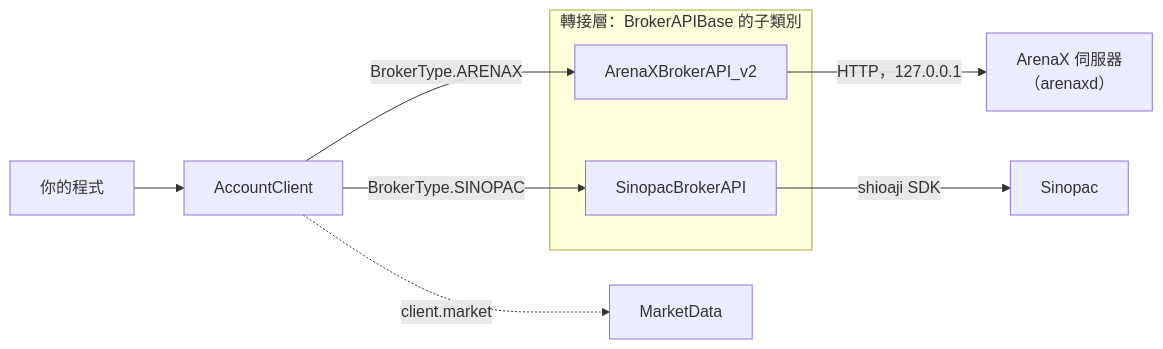
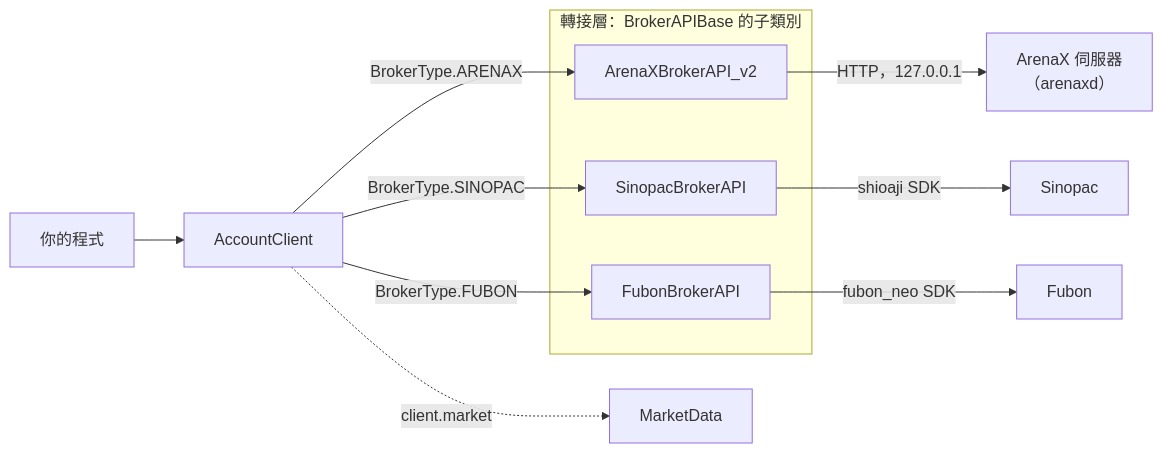
Before and after one commit to jackiesogi/CJTrade: the diagram in doc/get-started/connect.zh-TW.md, drawn with Mermaid. The commit also changed other lines of this file and 21 other files, not shown here.

````diff
--- a/doc/get-started/connect.zh-TW.md
+++ b/doc/get-started/connect.zh-TW.md
@@ -9,13 +9,16 @@
 ```mermaid
 flowchart LR
     Code["你的程式"] --> AC["AccountClient"]
     AC -- "BrokerType.ARENAX" --> AXA["ArenaXBrokerAPI_v2"]
     AC -- "BrokerType.SINOPAC" --> SPA["SinopacBrokerAPI"]
+    AC -- "BrokerType.FUBON" --> FBA["FubonBrokerAPI"]
     AC -. "client.market" .-> MD["MarketData"]
     AXA -- "HTTP，127.0.0.1" --> AXS["ArenaX 伺服器<br/>（arenaxd）"]
     SPA -- "shioaji SDK" --> SPS["Sinopac"]
+    FBA -- "fubon_neo SDK" --> FBS["Fubon"]
     subgraph Adapters["轉接層：BrokerAPIBase 的子類別"]
         AXA
         SPA
+        FBA
     end
 ```
````
